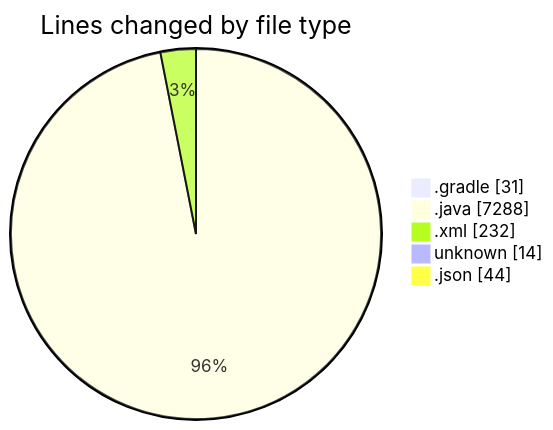
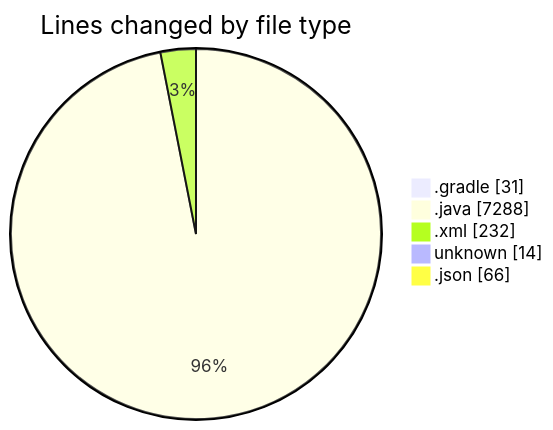
Before and after one commit to charlie-sans/code-tracking: the first of 2 diagrams in 2025-02-21/micros/README.md, drawn with Mermaid. The commit also changed other lines of this file and 1 other file, not shown here.

````diff
--- a/2025-02-21/micros/README.md
+++ b/2025-02-21/micros/README.md
@@ -56,9 +57,9 @@
 ```mermaid
 pie showData
 title Lines changed by file type
 ".gradle" : 31
 ".java" : 7288
 ".xml" : 232
 "unknown" : 14
-".json" : 44
+".json" : 66
 ```
````
